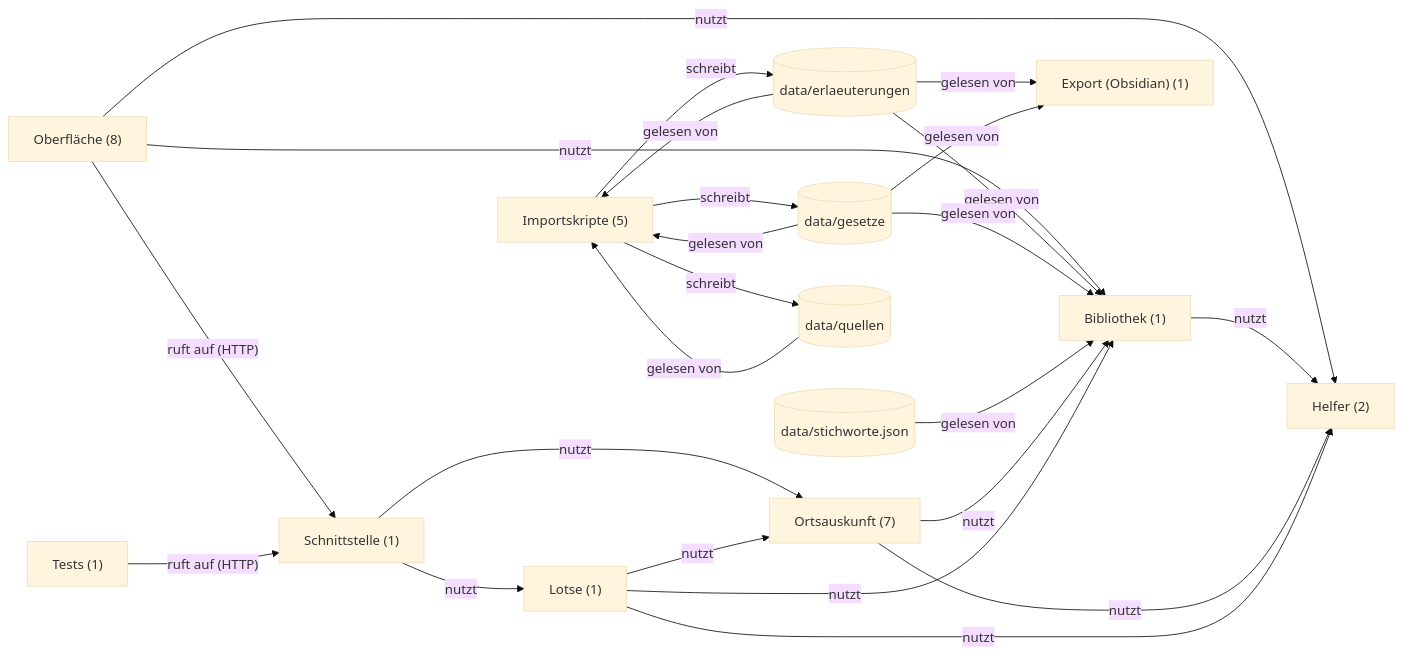
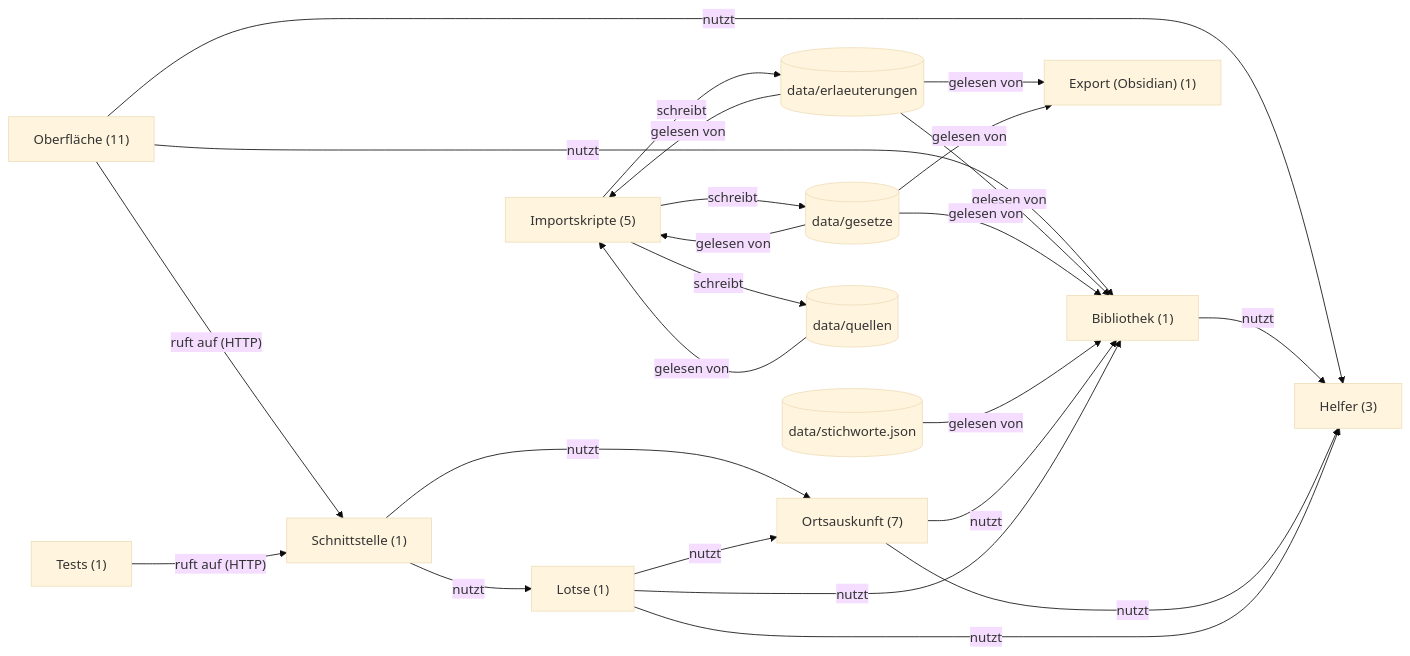
One commit to Jade-HS-Vibecoding-WPK/Bau-Normen changed the first of 2 diagrams in obsidian/Projekt/Architektur.md. Above: the diagram before and after it, drawn with Mermaid (base theme). The commit also changed other lines of this file and 27 other files, not shown here.

````diff
--- a/obsidian/Projekt/Architektur.md
+++ b/obsidian/Projekt/Architektur.md
@@ -45,39 +45,39 @@
 ```mermaid
 flowchart LR
   B0["Importskripte (5)"]
   B1["Bibliothek (1)"]
   B2["Lotse (1)"]
   B3["Ortsauskunft (7)"]
   B4["Schnittstelle (1)"]
-  B5["Oberfläche (8)"]
-  B6["Helfer (2)"]
+  B5["Oberfläche (11)"]
+  B6["Helfer (3)"]
   B7["Tests (1)"]
   B8["Export (Obsidian) (1)"]
   D0[("data/erlaeuterungen")]
   D1[("data/gesetze")]
   D2[("data/stichworte.json")]
   D3[("data/quellen")]
   B4 -->|"nutzt"| B3
   B4 -->|"nutzt"| B2
   B5 -->|"nutzt"| B1
   B5 -->|"nutzt"| B6
   B5 -->|"ruft auf (HTTP)"| B4
   B1 -->|"nutzt"| B6
   D0 -->|"gelesen von"| B1
   D1 -->|"gelesen von"| B1
   D2 -->|"gelesen von"| B1
   B3 -->|"nutzt"| B1
   B3 -->|"nutzt"| B6
   B2 -->|"nutzt"| B1
   B2 -->|"nutzt"| B3
   B2 -->|"nutzt"| B6
   D0 -->|"gelesen von"| B0
   B0 -->|"schreibt"| D0
   D1 -->|"gelesen von"| B0
   D0 -->|"gelesen von"| B8
   D1 -->|"gelesen von"| B8
   B0 -->|"schreibt"| D1
   B0 -->|"schreibt"| D3
   D3 -->|"gelesen von"| B0
   B7 -->|"ruft auf (HTTP)"| B4
 ```
````
